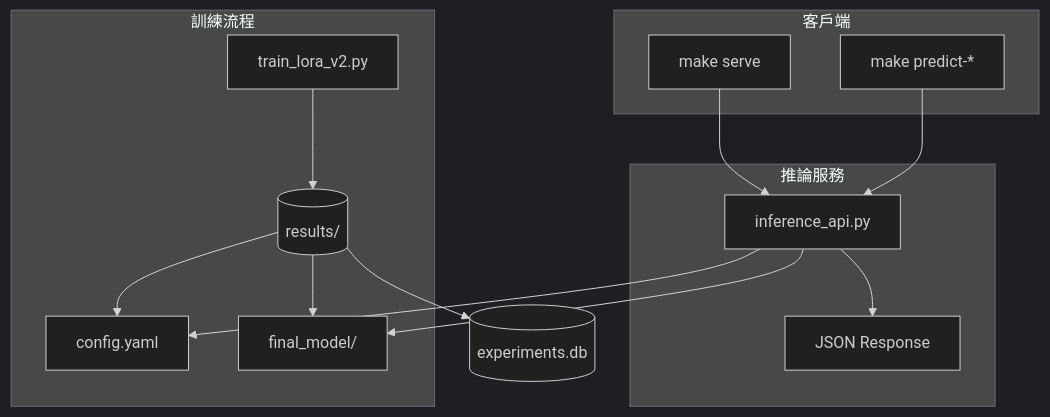
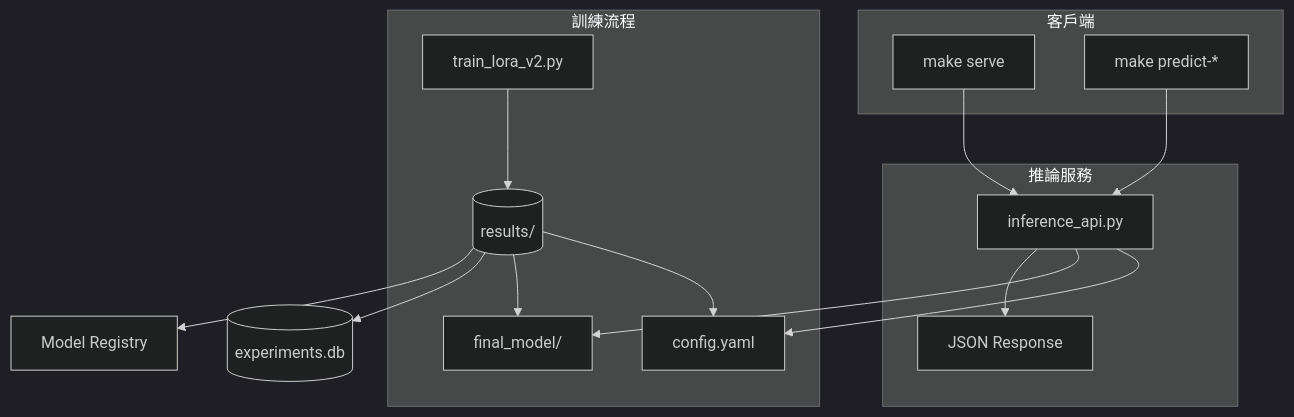
One commit to pei9564/Finetune-30-days-demo changed the second of 2 diagrams in README.md. Above: the diagram before and after it, drawn with Mermaid (dark theme). The commit also changed other lines of this file and 18 other files, not shown here.

````diff
--- a/README.md
+++ b/README.md
@@ -62,21 +63,22 @@
 ```mermaid
 graph TB
     subgraph Training["訓練流程"]
         Train[train_lora_v2.py] --> Results[(results/)]
         Results --> Config[config.yaml]
         Results --> Model[final_model/]
     end
 
     subgraph Inference["推論服務"]
         API[inference_api.py] --> Config
         API --> Model
         API --> Response[JSON Response]
     end
 
     subgraph Client["客戶端"]
         CLI[make serve] --> API
         Test[make predict-*] --> API
     end
 
     Results --> DB[(experiments.db)]
+    Results --> Registry[Model Registry]
 ```
````
